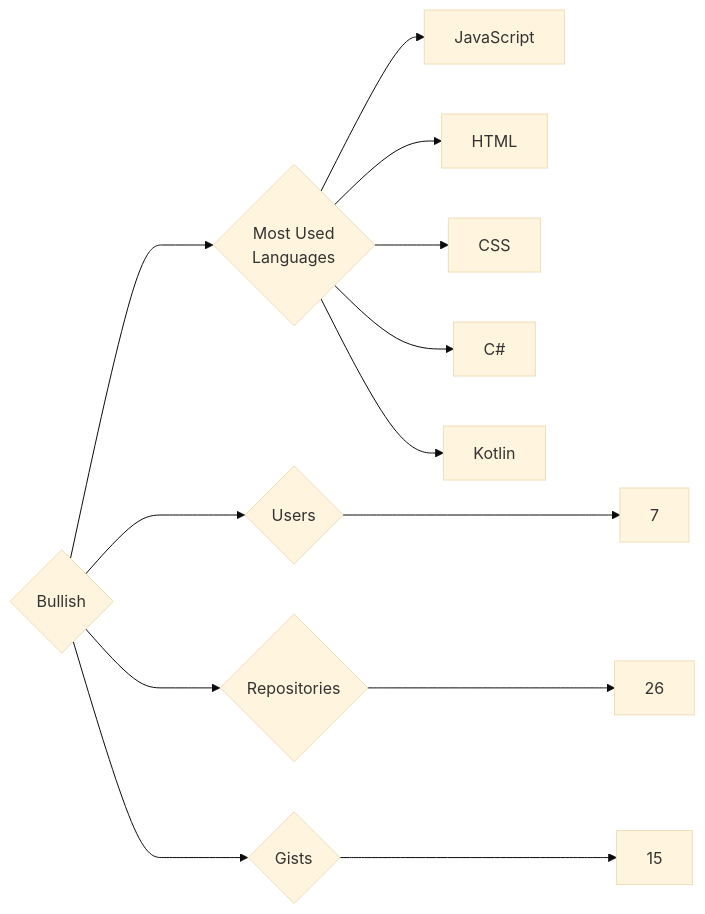
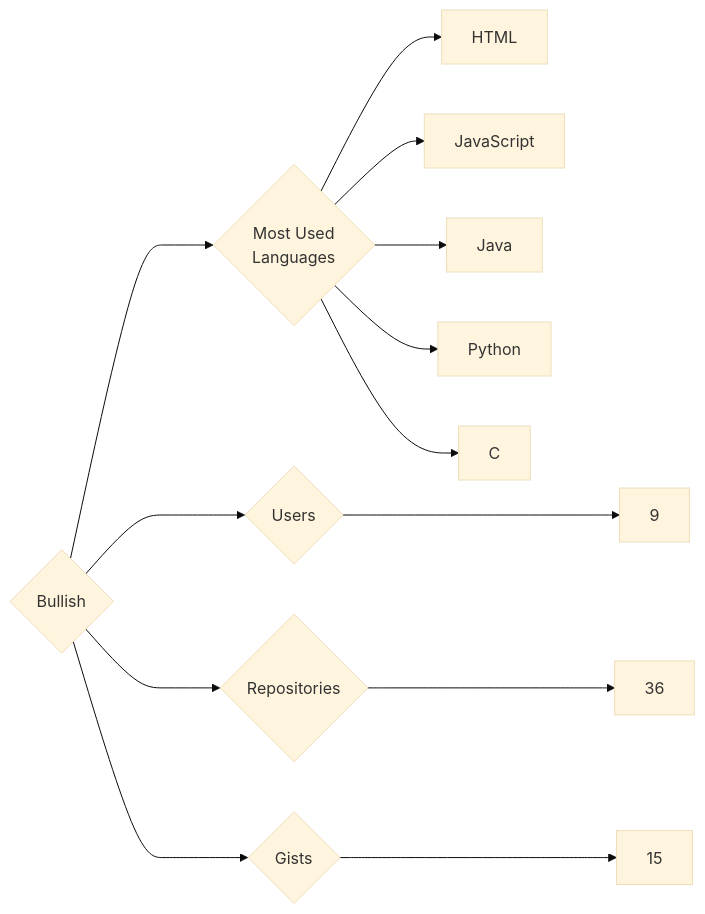
The diagram in targets/Bullish/README.md (trickest/insiders), drawn with Mermaid (base theme) before and after one commit. The commit also changed 874 other files, not shown here.

````diff
--- a/targets/Bullish/README.md
+++ b/targets/Bullish/README.md
@@ -3,13 +3,13 @@
 ```mermaid
 graph LR
 COMPANY_NAME{Bullish}
-COMPANY_NAME ---> U{Users} ---> UN[7]
-COMPANY_NAME ---> R{Repositories} ---> RN[26]
+COMPANY_NAME ---> U{Users} ---> UN[9]
+COMPANY_NAME ---> R{Repositories} ---> RN[36]
 COMPANY_NAME ---> G{Gists} ---> GN[15]
 COMPANY_NAME ---> ML{Most Used<br>Languages}
+ML --> HTML[HTML]
 ML --> JavaScript[JavaScript]
-ML --> HTML[HTML]
-ML --> CSS[CSS]
-ML --> C#[C#]
-ML --> Kotlin[Kotlin]
+ML --> Java[Java]
+ML --> Python[Python]
+ML --> C[C]
 ```
````
